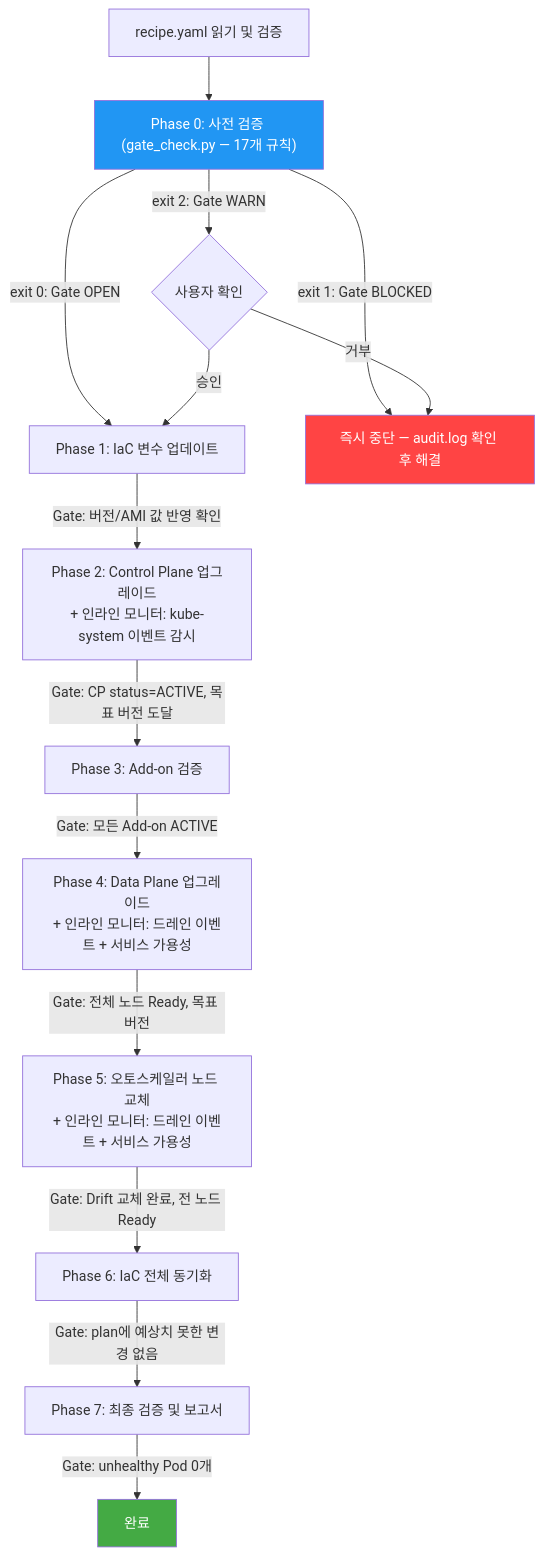
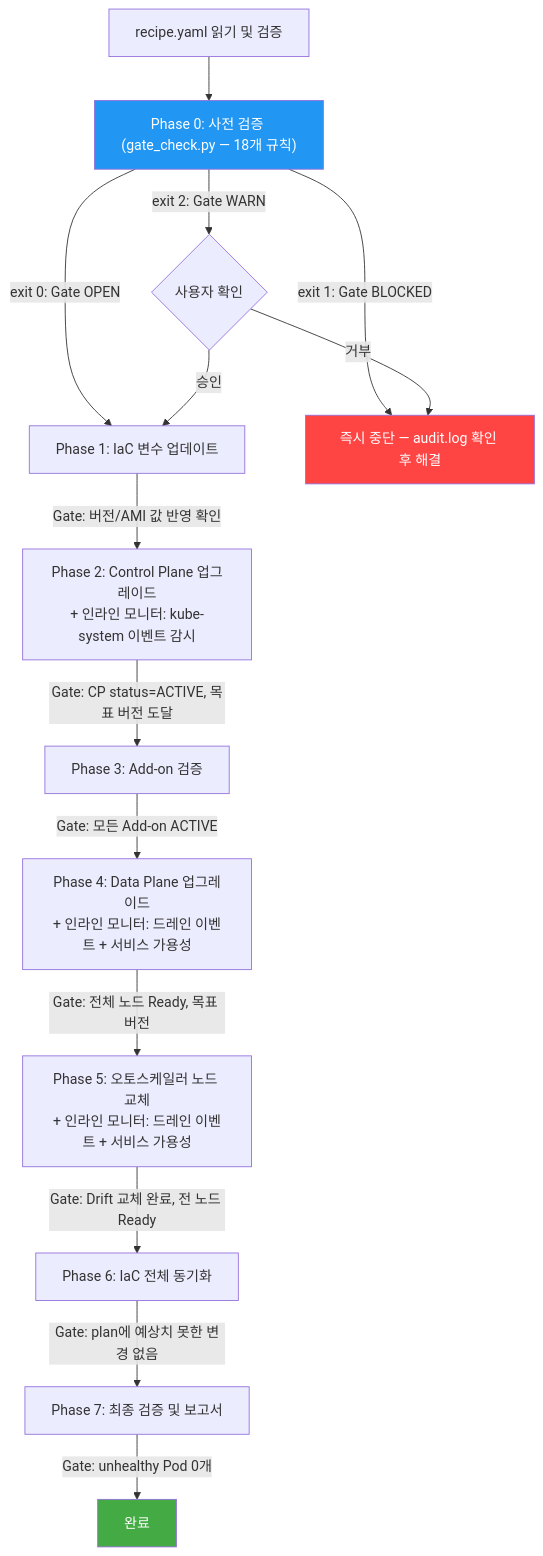
One commit to HaeDalWang/k8s-upgrade-skills changed the diagram in README.md. Above: the diagram before and after it, drawn with Mermaid. The commit also changed other lines of this file and 5 other files, not shown here.

````diff
--- a/README.md
+++ b/README.md
@@ -207,20 +207,20 @@
 ```mermaid
 graph TD
-    A[recipe.yaml 읽기 및 검증] --> B0["Phase 0: 사전 검증 (gate_check.py — 17개 규칙)"]
+    A[recipe.yaml 읽기 및 검증] --> B0["Phase 0: 사전 검증 (gate_check.py — 18개 규칙)"]
     B0 -- "exit 0: Gate OPEN" --> C[Phase 1: IaC 변수 업데이트]
     B0 -- "exit 1: Gate BLOCKED" --> STOP[즉시 중단 — audit.log 확인 후 해결]
     B0 -- "exit 2: Gate WARN" --> USER_CONFIRM{사용자 확인}
     USER_CONFIRM -- "승인" --> C
     USER_CONFIRM -- "거부" --> STOP
     C -- "Gate: 버전/AMI 값 반영 확인" --> D["Phase 2: Control Plane 업그레이드\n+ 인라인 모니터: kube-system 이벤트 감시"]
     D -- "Gate: CP status=ACTIVE, 목표 버전 도달" --> E[Phase 3: Add-on 검증]
     E -- "Gate: 모든 Add-on ACTIVE" --> F["Phase 4: Data Plane 업그레이드\n+ 인라인 모니터: 드레인 이벤트 + 서비스 가용성"]
     F -- "Gate: 전체 노드 Ready, 목표 버전" --> G["Phase 5: 오토스케일러 노드 교체\n+ 인라인 모니터: 드레인 이벤트 + 서비스 가용성"]
     G -- "Gate: Drift 교체 완료, 전 노드 Ready" --> H[Phase 6: IaC 전체 동기화]
     H -- "Gate: plan에 예상치 못한 변경 없음" --> I[Phase 7: 최종 검증 및 보고서]
     I -- "Gate: unhealthy Pod 0개" --> J[완료]
 
     style STOP fill:#f44,color:#fff
     style J fill:#4a4,color:#fff
     style B0 fill:#2196F3,color:#fff
 ```
````
